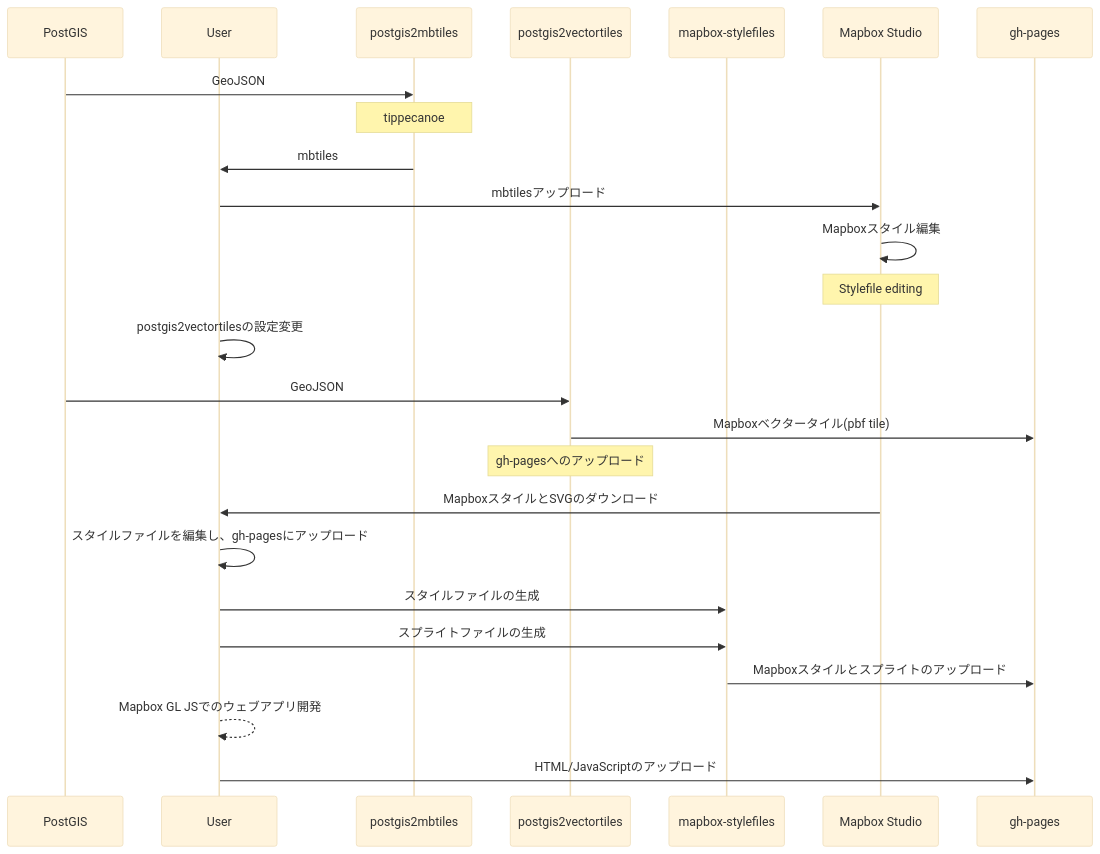
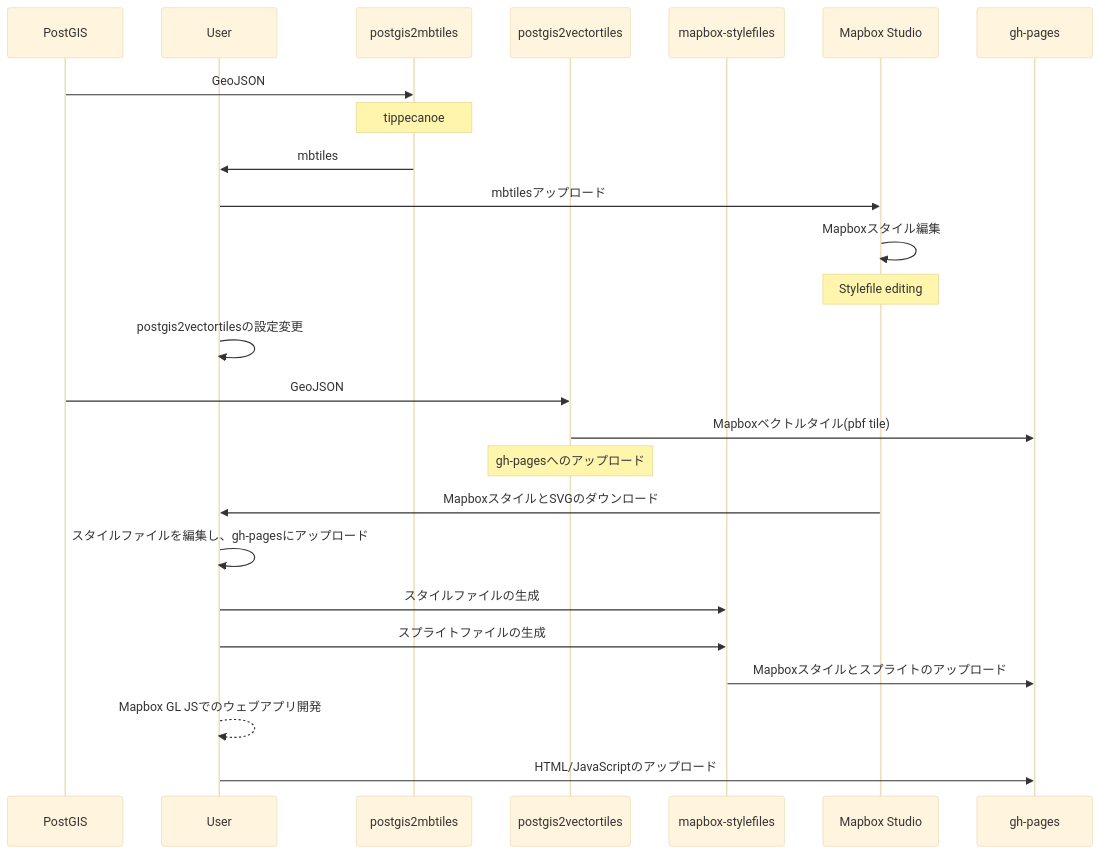
The diagram in content/setups/installation/_index.ja.md (watergis/docs), drawn with Mermaid (base theme) before and after one commit. The commit also changed other lines of this file and 21 other files, not shown here.

```diff
--- a/content/setups/installation/_index.ja.md
+++ b/content/setups/installation/_index.ja.md
@@ -15,32 +15,32 @@
 {{<mermaid align="center">}}
 sequenceDiagram
     participant db as PostGIS
     participant x as User
     participant a as postgis2mbtiles
     participant b as postgis2vectortiles
     participant d as mapbox-stylefiles
     participant y as Mapbox Studio
     participant z as gh-pages
 
     db->>a: GeoJSON
     Note over a: tippecanoe
     a->>x: mbtiles
     
     x->>y: mbtilesアップロード
     y->>y: Mapboxスタイル編集
     Note over y: Stylefile editing
 
     x->>x: postgis2vectortilesの設定変更
     db->>b: GeoJSON
-    b->>z: Mapboxベクタータイル(pbf tile) 
+    b->>z: Mapboxベクトルタイル(pbf tile) 
     Note over b: gh-pagesへのアップロード
 
     y->>x: MapboxスタイルとSVGのダウンロード
     x->>x: スタイルファイルを編集し、gh-pagesにアップロード
     x->>d: スタイルファイルの生成
     x->>d: スプライトファイルの生成
     d->>z: Mapboxスタイルとスプライトのアップロード
 
     x-->>x: Mapbox GL JSでのウェブアプリ開発
     x->>z: HTML/JavaScriptのアップロード
 {{< /mermaid >}}
```
